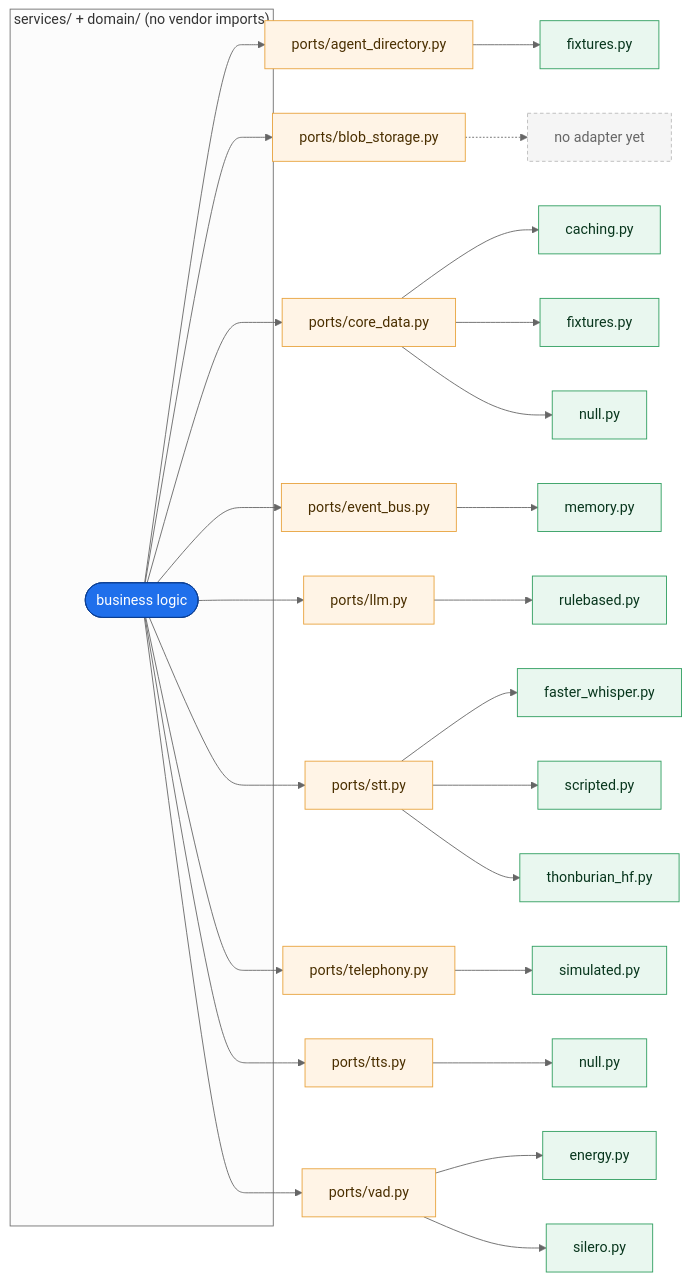
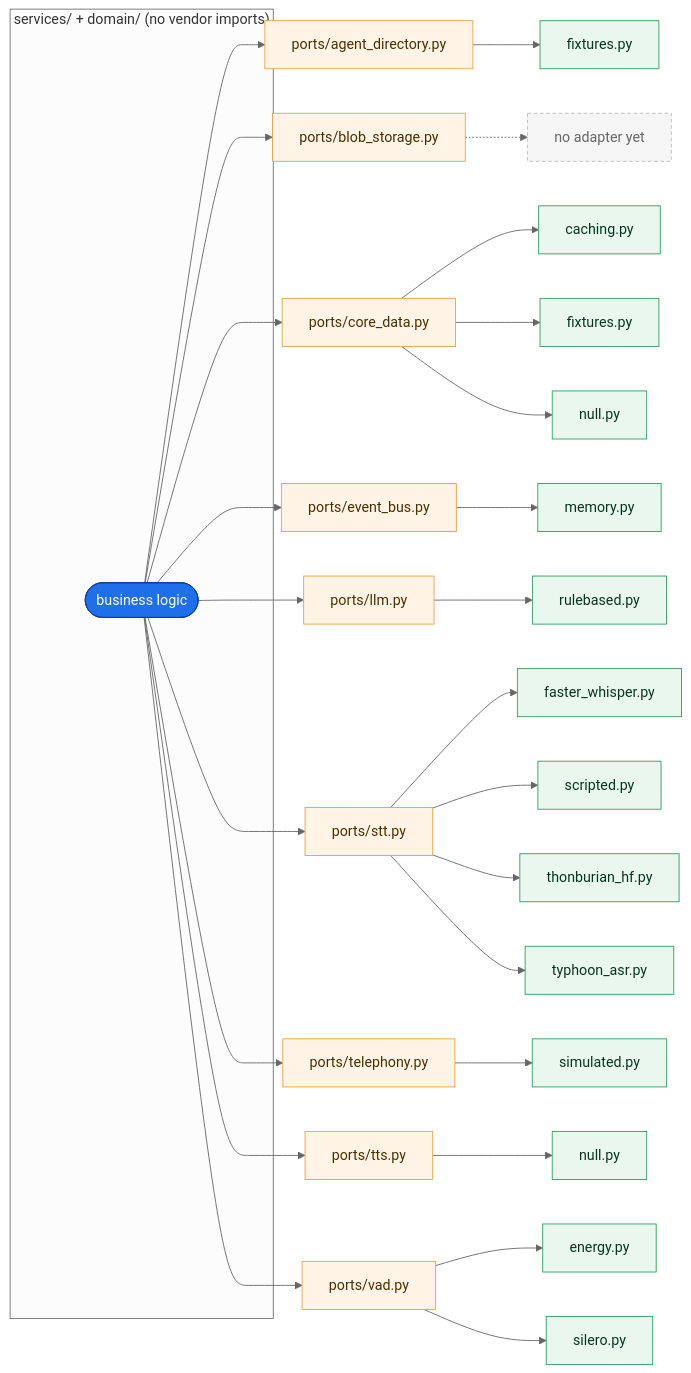
The diagram in docs/diagrams/src/ports_adapters.mmd (anakom-suvonvorn/Krungsri-ReadyCall), drawn with Mermaid (neutral theme) before and after one commit. The commit also changed 30 other files, not shown here.

```diff
--- a/docs/diagrams/src/ports_adapters.mmd
+++ b/docs/diagrams/src/ports_adapters.mmd
@@ -1,33 +1,34 @@
 %% GENERATED by scripts/gen_diagrams.py - do not edit by hand.
 %% Source of truth: src/readycall/ports/ + adapters/ on disk
 flowchart LR
     subgraph core["services/ + domain/ (no vendor imports)"]
         logic([business logic]):::core
     end
     logic --> P_agent_directory["ports/agent_directory.py"]:::port
     P_agent_directory --> A_agent_directory_fixtures["fixtures.py"]:::adapter
     logic --> P_blob_storage["ports/blob_storage.py"]:::port
     P_blob_storage -.-> A_blob_storage_none["no adapter yet"]:::todo
     logic --> P_core_data["ports/core_data.py"]:::port
     P_core_data --> A_core_data_caching["caching.py"]:::adapter
     P_core_data --> A_core_data_fixtures["fixtures.py"]:::adapter
     P_core_data --> A_core_data_null["null.py"]:::adapter
     logic --> P_event_bus["ports/event_bus.py"]:::port
     P_event_bus --> A_event_bus_memory["memory.py"]:::adapter
     logic --> P_llm["ports/llm.py"]:::port
     P_llm --> A_llm_rulebased["rulebased.py"]:::adapter
     logic --> P_stt["ports/stt.py"]:::port
     P_stt --> A_stt_faster_whisper["faster_whisper.py"]:::adapter
     P_stt --> A_stt_scripted["scripted.py"]:::adapter
     P_stt --> A_stt_thonburian_hf["thonburian_hf.py"]:::adapter
+    P_stt --> A_stt_typhoon_asr["typhoon_asr.py"]:::adapter
     logic --> P_telephony["ports/telephony.py"]:::port
     P_telephony --> A_telephony_simulated["simulated.py"]:::adapter
     logic --> P_tts["ports/tts.py"]:::port
     P_tts --> A_tts_null["null.py"]:::adapter
     logic --> P_vad["ports/vad.py"]:::port
     P_vad --> A_vad_energy["energy.py"]:::adapter
     P_vad --> A_vad_silero["silero.py"]:::adapter
     classDef core fill:#1f6feb,stroke:#0b3d91,color:#fff
     classDef port fill:#fff4e6,stroke:#e8a33d,color:#4a2f00
     classDef adapter fill:#e9f7ef,stroke:#2f9e5f,color:#08361d
     classDef todo fill:#f5f5f5,stroke:#bbb,color:#666,stroke-dasharray:4 3
```
